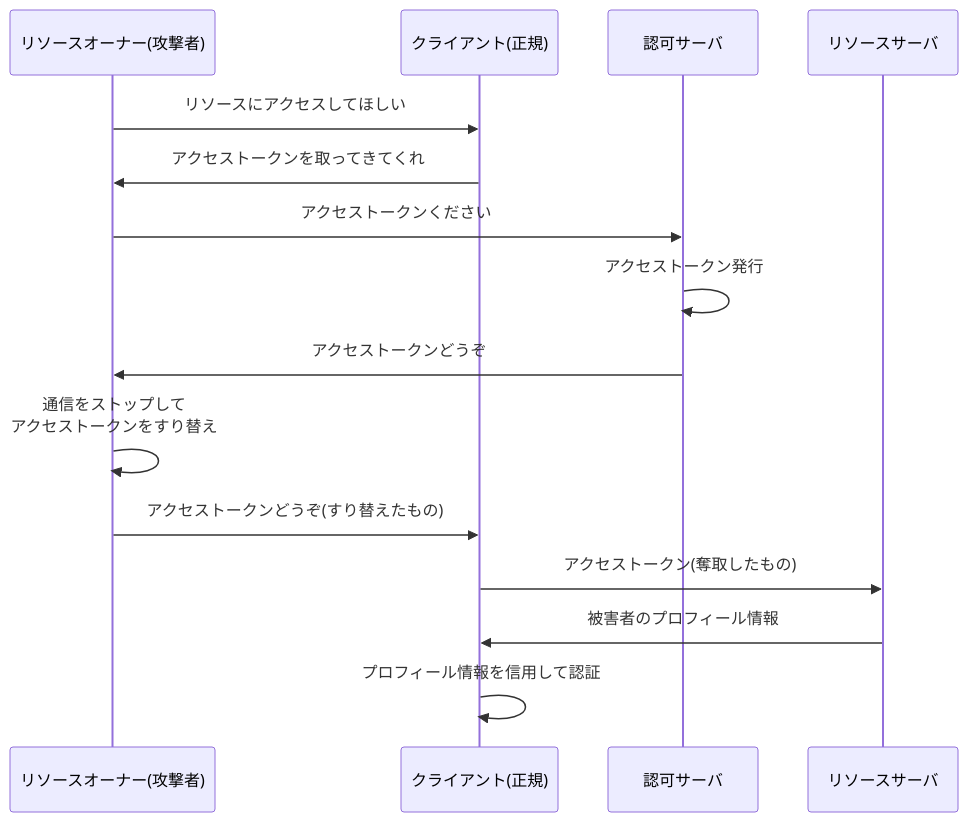
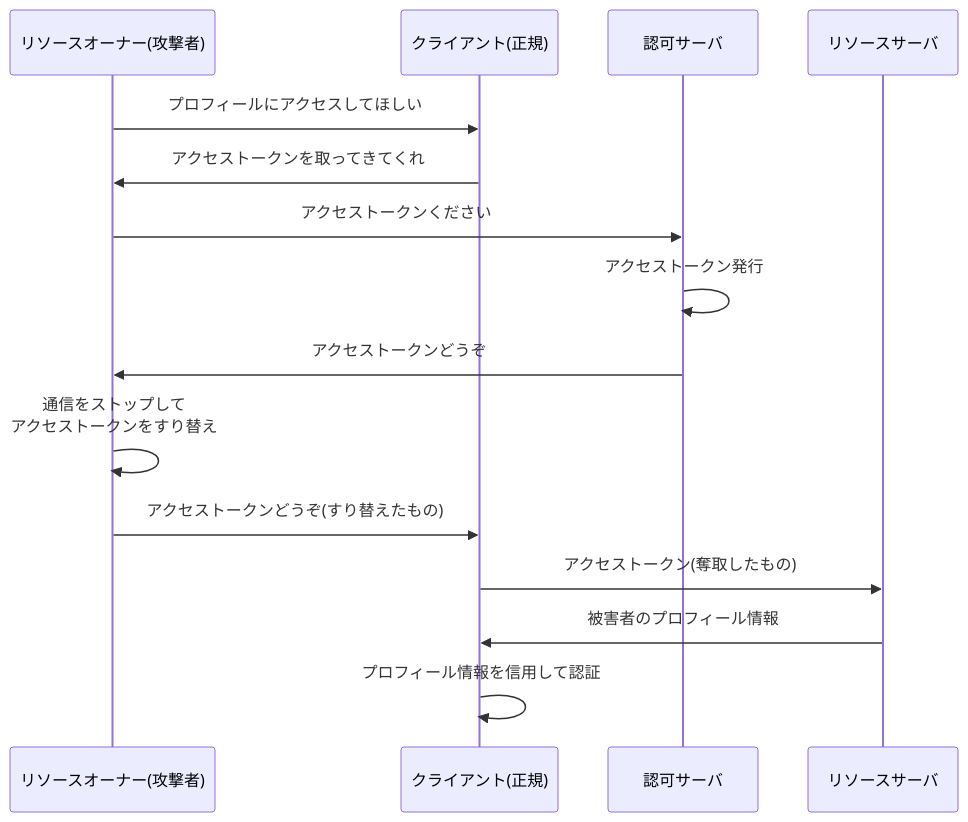
Before and after one commit to calloc134/zenn-dir: diagram 20 of 20 in articles/5e8da6c491e720.md, drawn with Mermaid. The commit also changed other lines of this file, not shown here.

````diff
--- a/articles/5e8da6c491e720.md
+++ b/articles/5e8da6c491e720.md
@@ -1766,18 +1766,18 @@
 ```mermaid
 sequenceDiagram
     participant リソースオーナー(攻撃者)
     participant クライアント(正規)
     participant 認可サーバ
     participant リソースサーバ
 
-    リソースオーナー(攻撃者)->> クライアント(正規): リソースにアクセスしてほしい
+    リソースオーナー(攻撃者)->> クライアント(正規): プロフィールにアクセスしてほしい
     クライアント(正規)->> リソースオーナー(攻撃者): アクセストークンを取ってきてくれ
     リソースオーナー(攻撃者)->> 認可サーバ: アクセストークンください
     認可サーバ->> 認可サーバ: アクセストークン発行
     認可サーバ->> リソースオーナー(攻撃者): アクセストークンどうぞ
     リソースオーナー(攻撃者)->>リソースオーナー(攻撃者): 通信をストップして<br>アクセストークンをすり替え
     リソースオーナー(攻撃者)->> クライアント(正規): アクセストークンどうぞ(すり替えたもの)
     クライアント(正規)->> リソースサーバ: アクセストークン(奪取したもの)
     リソースサーバ->> クライアント(正規): 被害者のプロフィール情報
     クライアント(正規)->>クライアント(正規): プロフィール情報を信用して認証
 ```
````
